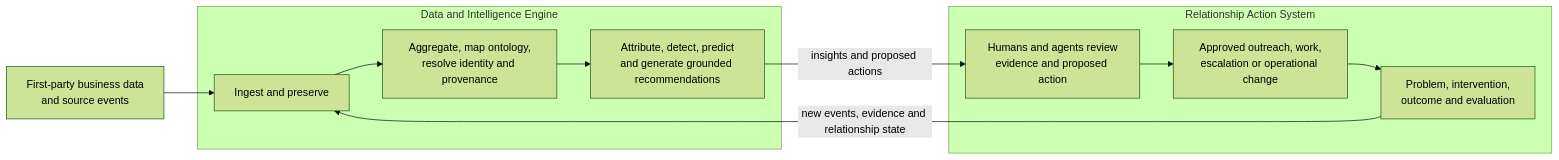
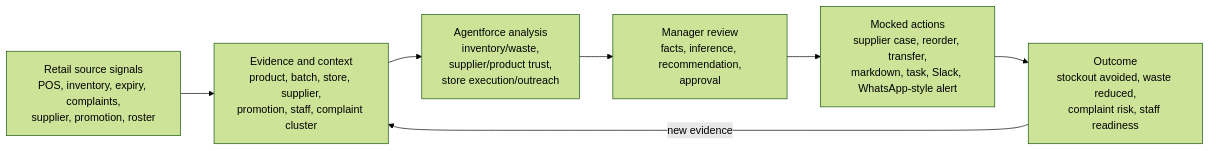
The first of 2 diagrams in docs/architecture.md (freeapikeys/HackathonSalesforce), drawn with Mermaid (forest theme) before and after one commit. The commit also changed other lines of this file and 35 other files, not shown here.

````diff
--- a/docs/architecture.md
+++ b/docs/architecture.md
@@ -7,21 +8,12 @@
 ```mermaid
 flowchart LR
-    SOURCES["First-party business data<br/>and source events"]
+    SOURCES["Retail source signals<br/>POS, inventory, expiry, complaints,<br/>supplier, promotion, roster"]
+    CONTEXT["Evidence and context<br/>product, batch, store, supplier,<br/>promotion, staff, complaint cluster"]
+    AGENTS["Agentforce analysis<br/>inventory/waste,<br/>supplier/product trust,<br/>store execution/outreach"]
+    REVIEW["Manager review<br/>facts, inference, recommendation,<br/>approval"]
+    ACTIONS["Mocked actions<br/>supplier case, reorder, transfer,<br/>markdown, task, Slack, WhatsApp-style alert"]
+    OUTCOME["Outcome<br/>stockout avoided, waste reduced,<br/>complaint risk, staff readiness"]
 
-    subgraph INTELLIGENCE["Data and Intelligence Engine"]
-        INGEST["Ingest and preserve"]
-        MEANING["Aggregate, map ontology,<br/>resolve identity and provenance"]
-        REASON["Attribute, detect, predict<br/>and generate grounded recommendations"]
-    end
-
-    subgraph RELATIONSHIPS["Relationship Action System"]
-        REVIEW["Humans and agents review<br/>evidence and proposed action"]
-        ACT["Approved outreach, work,<br/>escalation or operational change"]
-        OUTCOME["Problem, intervention,<br/>outcome and evaluation"]
-    end
-
-    SOURCES --> INGEST --> MEANING --> REASON
-    REASON -->|"insights and proposed actions"| REVIEW
-    REVIEW --> ACT --> OUTCOME
-    OUTCOME -->|"new events, evidence and relationship state"| INGEST
+    SOURCES --> CONTEXT --> AGENTS --> REVIEW --> ACTIONS --> OUTCOME
+    OUTCOME -->|"new evidence"| CONTEXT
 ```
````
